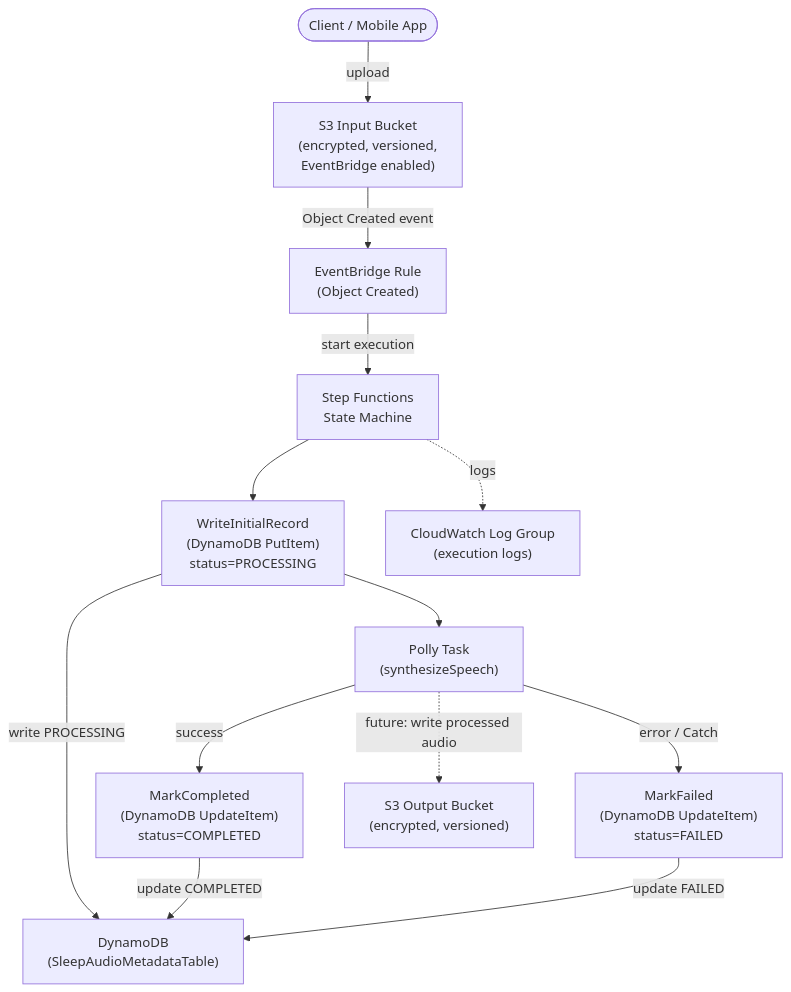
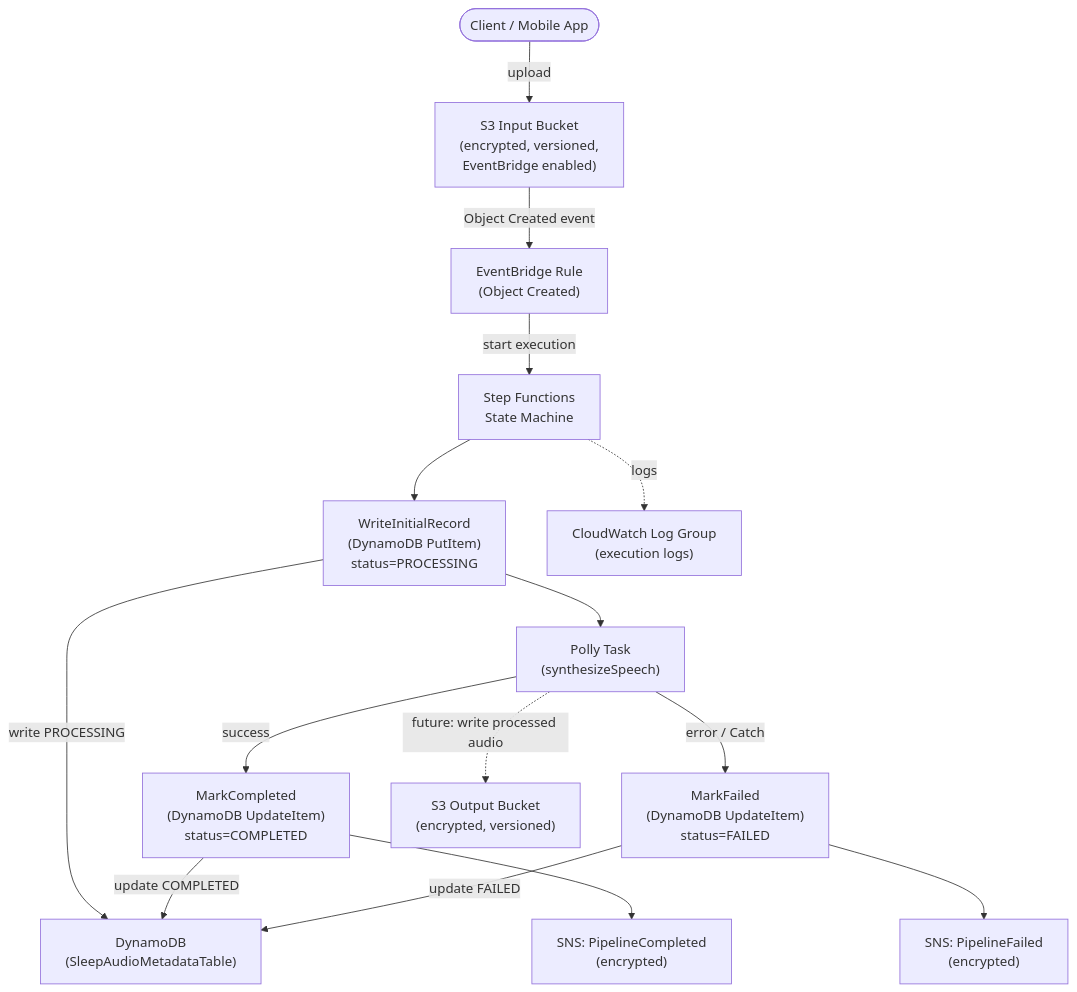
One commit to obstreperous-ai/cdk-sleep-go-kiro changed the second of 2 diagrams in ARCHITECTURE.md. Above: the diagram before and after it, drawn with Mermaid. The commit also changed other lines of this file and 3 other files, not shown here.

First line of the commit message:
feat: add SNS notifications for pipeline completion and errors

````diff
--- a/ARCHITECTURE.md
+++ b/ARCHITECTURE.md
@@ -193,28 +205,32 @@
 ```mermaid
 flowchart TD
     Client([Client / Mobile App])
 
     S3In["S3 Input Bucket\n(encrypted, versioned,\nEventBridge enabled)"]
     EB["EventBridge Rule\n(Object Created)"]
     SFN["Step Functions\nState Machine"]
     PutItem["WriteInitialRecord\n(DynamoDB PutItem)\nstatus=PROCESSING"]
     Polly["Polly Task\n(synthesizeSpeech)"]
     MarkCompleted["MarkCompleted\n(DynamoDB UpdateItem)\nstatus=COMPLETED"]
     MarkFailed["MarkFailed\n(DynamoDB UpdateItem)\nstatus=FAILED"]
+    SNSOk["SNS: PipelineCompleted\n(encrypted)"]
+    SNSErr["SNS: PipelineFailed\n(encrypted)"]
     DDB["DynamoDB\n(SleepAudioMetadataTable)"]
     CWLogs["CloudWatch Log Group\n(execution logs)"]
     S3Out["S3 Output Bucket\n(encrypted, versioned)"]
 
     Client -->|upload| S3In
     S3In -->|Object Created event| EB
     EB -->|start execution| SFN
     SFN --> PutItem
     PutItem -->|write PROCESSING| DDB
     PutItem --> Polly
     Polly -->|success| MarkCompleted
     Polly -->|error / Catch| MarkFailed
     MarkCompleted -->|update COMPLETED| DDB
+    MarkCompleted --> SNSOk
     MarkFailed -->|update FAILED| DDB
+    MarkFailed --> SNSErr
     SFN -. logs .-> CWLogs
     Polly -.->|future: write processed audio| S3Out
 ```
````
